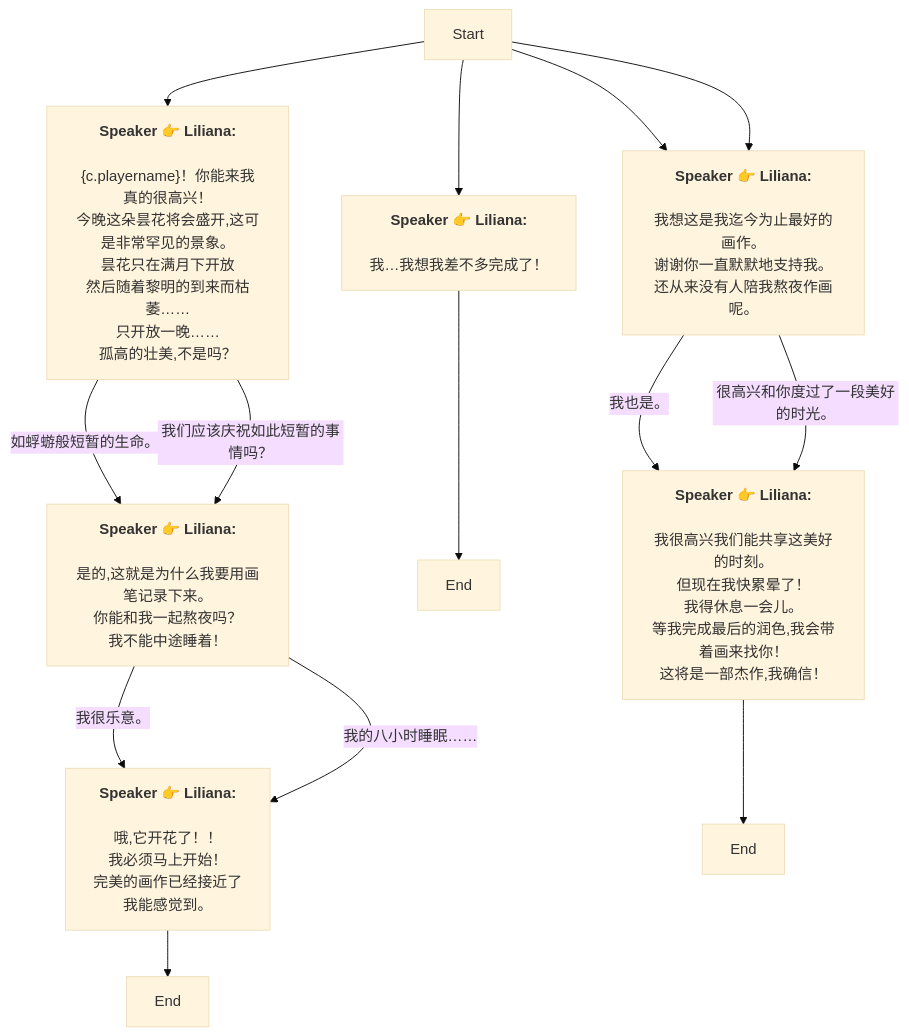
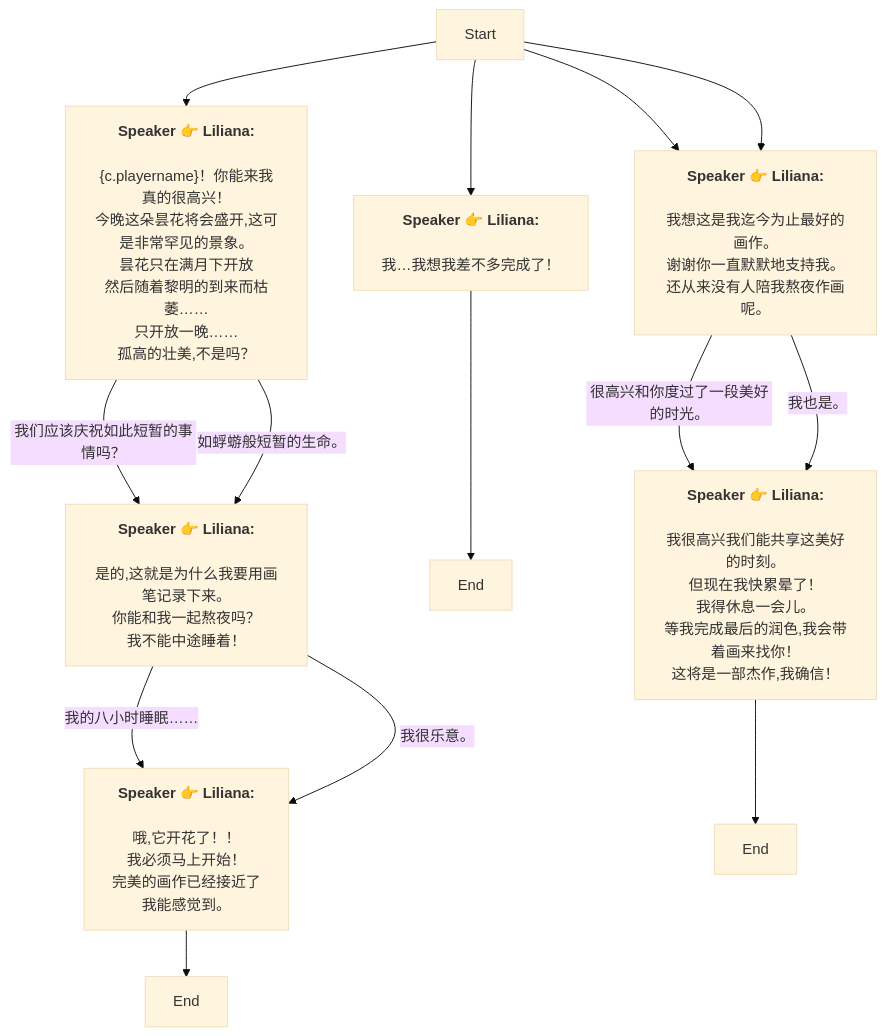
One commit to SoftHu/tos_avg changed the diagram in Zh/heart_4_2_4_5.md. Above: the diagram before and after it, drawn with Mermaid (base theme). The commit also changed other lines of this file and 780 other files, not shown here.

````diff
--- a/Zh/heart_4_2_4_5.md
+++ b/Zh/heart_4_2_4_5.md
@@ -1,44 +1,44 @@
 ```mermaid
 graph
 Start -->1768788757562892[<b>Speaker 👉 Liliana:</b>
 \n&lbrace;c.playername&rbrace;！你能来我真的很高兴！
 今晚这朵昙花将会盛开,这可是非常罕见的景象。\n昙花只在满月下开放
 然后随着黎明的到来而枯萎……\n只开放一晚……
 孤高的壮美,不是吗？]
+1768788757562892 -->|我们应该庆祝如此短暂的事情吗？|1768788849912340[<b>Speaker 👉 Liliana:</b>
+\n是的,这就是为什么我要用画笔记录下来。\n你能和我一起熬夜吗？
+我不能中途睡着！]
 1768788757562892 -->|如蜉蝣般短暂的生命。|1768788849912340[<b>Speaker 👉 Liliana:</b>
 \n是的,这就是为什么我要用画笔记录下来。\n你能和我一起熬夜吗？
 我不能中途睡着！]
-1768788757562892 -->|我们应该庆祝如此短暂的事情吗？|1768788849912340[<b>Speaker 👉 Liliana:</b>
-\n是的,这就是为什么我要用画笔记录下来。\n你能和我一起熬夜吗？
-我不能中途睡着！]
-1768788849912340 -->|我很乐意。|1768789001263642[<b>Speaker 👉 Liliana:</b>
+1768788849912340 -->|我的八小时睡眠……|1768789001263642[<b>Speaker 👉 Liliana:</b>
 \n哦,它开花了！！
 我必须马上开始！\n完美的画作已经接近了
 我能感觉到。]
-1768788849912340 -->|我的八小时睡眠……|1768789001263642[<b>Speaker 👉 Liliana:</b>
+1768788849912340 -->|我很乐意。|1768789001263642[<b>Speaker 👉 Liliana:</b>
 \n哦,它开花了！！
 我必须马上开始！\n完美的画作已经接近了
 我能感觉到。]
 1768789001263642 -->1768789023575579[End]
 Start -->1768789165582878[<b>Speaker 👉 Liliana:</b>
 \n我…我想我差不多完成了！]
 1768789165582878 -->1768789177871903[End]
 Start -->1768789204373025[<b>Speaker 👉 Liliana:</b>
 \n我想这是我迄今为止最好的画作。
 谢谢你一直默默地支持我。\n还从来没有人陪我熬夜作画呢。]
 Start -->1768789204373025[<b>Speaker 👉 Liliana:</b>
 \n我想这是我迄今为止最好的画作。
 谢谢你一直默默地支持我。\n还从来没有人陪我熬夜作画呢。]
-1768789204373025 -->|我也是。|1768789338267180[<b>Speaker 👉 Liliana:</b>
+1768789204373025 -->|很高兴和你度过了一段美好的时光。|1768789338267180[<b>Speaker 👉 Liliana:</b>
 \n我很高兴我们能共享这美好的时刻。
 但现在我快累晕了！
 我得休息一会儿。\n等我完成最后的润色,我会带着画来找你！
 这将是一部杰作,我确信！]
-1768789204373025 -->|很高兴和你度过了一段美好的时光。|1768789338267180[<b>Speaker 👉 Liliana:</b>
+1768789204373025 -->|我也是。|1768789338267180[<b>Speaker 👉 Liliana:</b>
 \n我很高兴我们能共享这美好的时刻。
 但现在我快累晕了！
 我得休息一会儿。\n等我完成最后的润色,我会带着画来找你！
 这将是一部杰作,我确信！]
 1768789338267180 -->1768789376245293[End]
 
 ```
````
